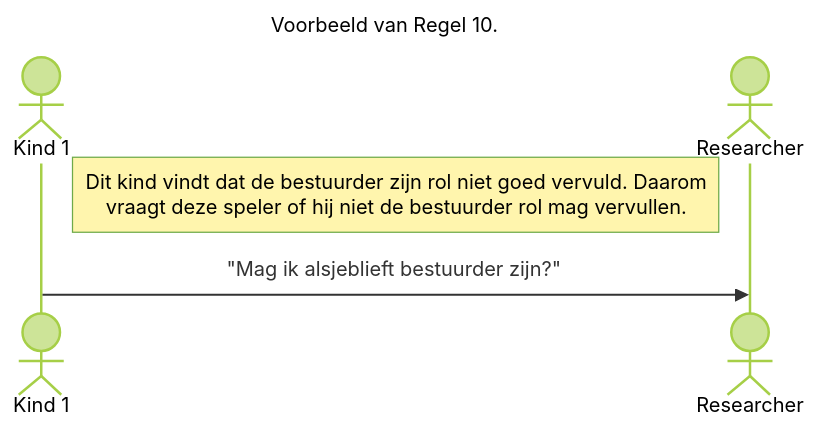
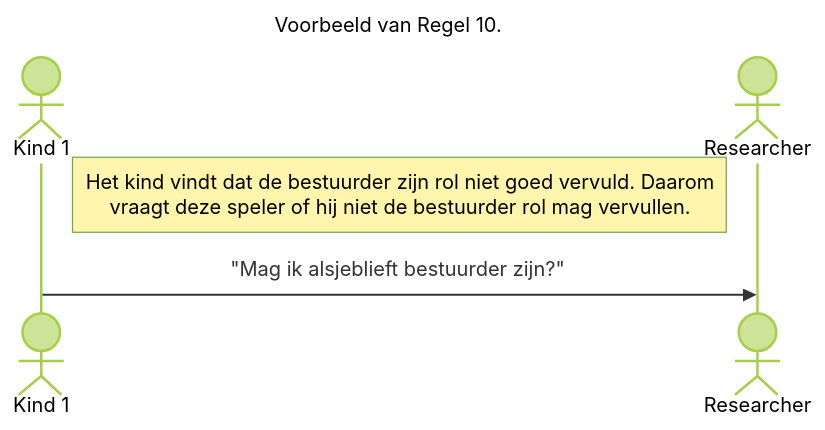
Diagram 11 of 15 in Annotation-rules-refactor.md (Dionysi/AnnotationTool-Release), drawn with Mermaid (forest theme) before and after one commit.

````diff
--- a/Annotation-rules-refactor.md
+++ b/Annotation-rules-refactor.md
@@ -232,8 +232,8 @@
   ```mermaid
   sequenceDiagram
       title Voorbeeld van Regel 10.
       actor Kind 1
       actor Researcher
-      Note right of Kind 1: Dit kind vindt dat de bestuurder zijn rol niet goed vervuld. Daarom<br/>vraagt deze speler of hij niet de bestuurder rol mag vervullen.
+      Note right of Kind 1: Het kind vindt dat de bestuurder zijn rol niet goed vervuld. Daarom<br/>vraagt deze speler of hij niet de bestuurder rol mag vervullen.
       Kind 1->>Researcher: "Mag ik alsjeblieft bestuurder zijn?"
   ```
````
